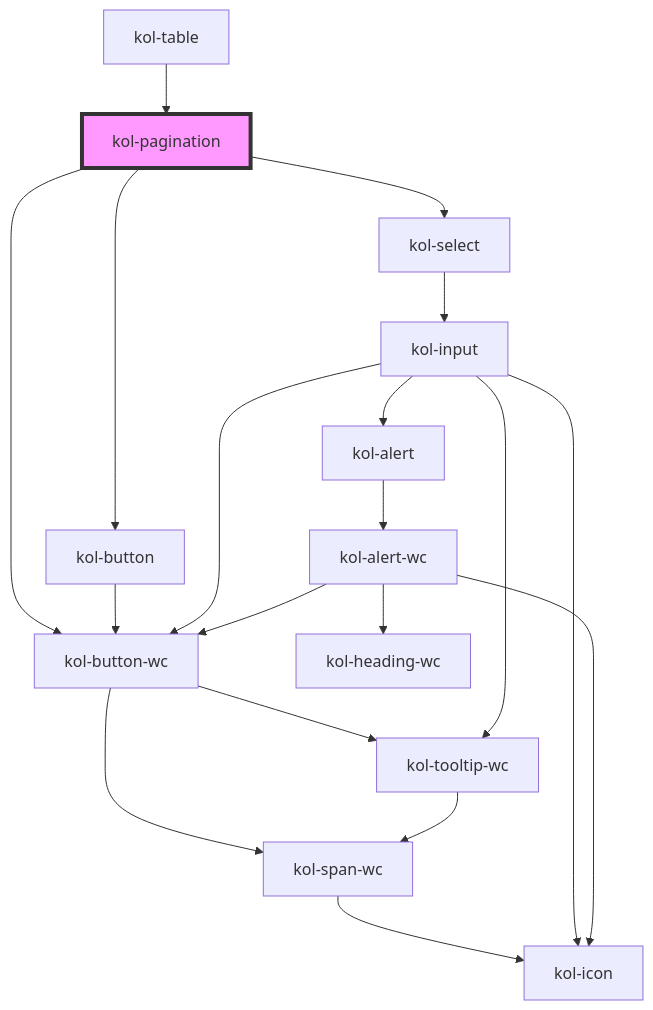
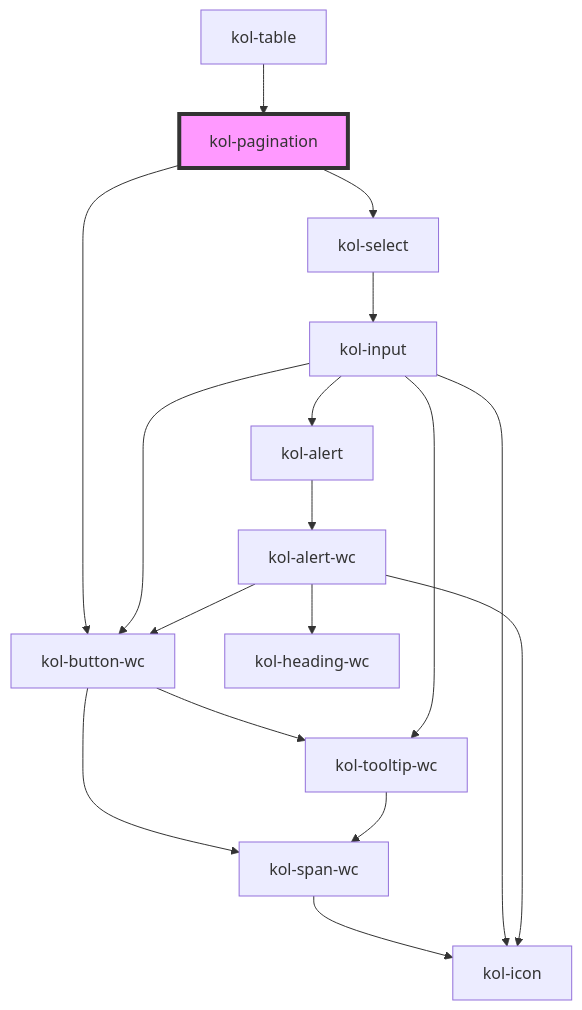
Before and after one commit to public-ui/kolibri: the diagram in packages/components/src/components/pagination/readme.md, drawn with Mermaid. The commit also changed other lines of this file and 3 other files, not shown here.

````diff
--- a/packages/components/src/components/pagination/readme.md
+++ b/packages/components/src/components/pagination/readme.md
@@ -77,22 +75,20 @@
 ```mermaid
 graph TD;
-  kol-pagination --> kol-button
+  kol-pagination --> kol-button-wc
   kol-pagination --> kol-select
-  kol-pagination --> kol-button-wc
-  kol-button --> kol-button-wc
   kol-button-wc --> kol-span-wc
   kol-button-wc --> kol-tooltip-wc
   kol-span-wc --> kol-icon
   kol-tooltip-wc --> kol-span-wc
   kol-select --> kol-input
   kol-input --> kol-icon
   kol-input --> kol-button-wc
   kol-input --> kol-tooltip-wc
   kol-input --> kol-alert
   kol-alert --> kol-alert-wc
   kol-alert-wc --> kol-heading-wc
   kol-alert-wc --> kol-button-wc
   kol-alert-wc --> kol-icon
   kol-table --> kol-pagination
   style kol-pagination fill:#f9f,stroke:#333,stroke-width:4px
 ```
````
